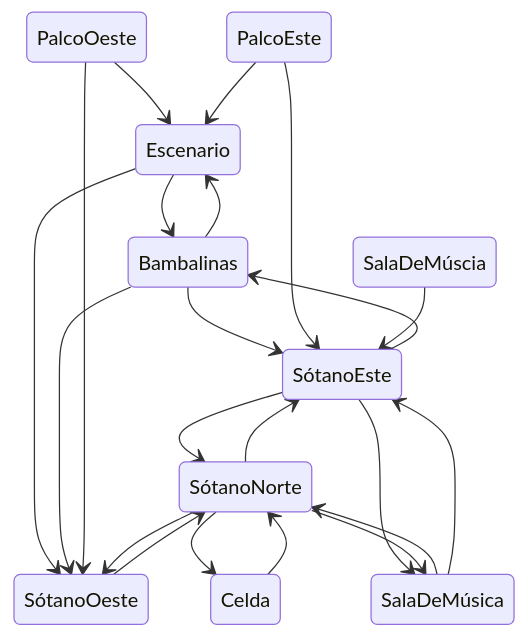
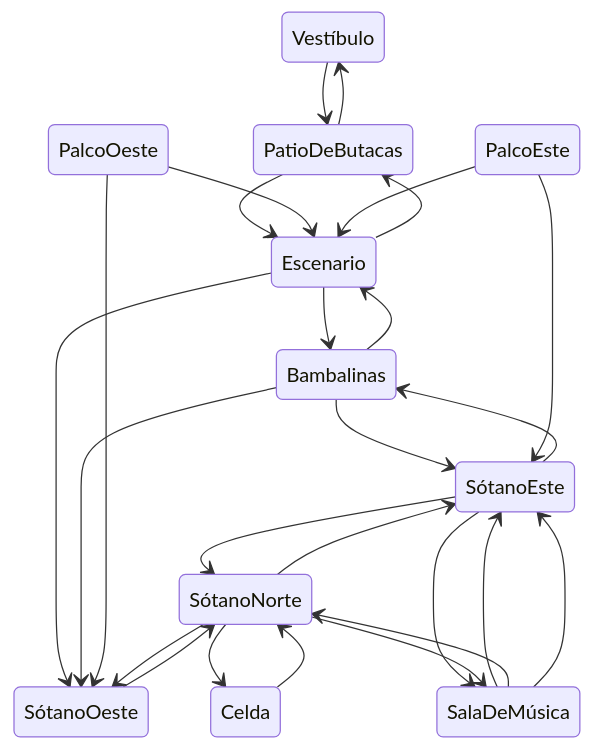
Before and after one commit to IAV23-G04/IAV23-G04-P3: the first of 4 diagrams in README.md, drawn with Mermaid.

Commit message:
Diagrama de salas 3

````diff
--- a/README.md
+++ b/README.md
@@ -56,24 +56,28 @@
 ```mermaid
 stateDiagram
+    Vestíbulo --> PatioDeButacas
+    PatioDeButacas --> Vestíbulo
+    PatioDeButacas --> Escenario
+    Escenario --> PatioDeButacas
     Escenario --> Bambalinas
     Bambalinas --> Escenario
     Escenario --> SótanoOeste
     Bambalinas --> SótanoEste
     SótanoEste --> Bambalinas
     Bambalinas --> SótanoOeste
     PalcoOeste --> Escenario
     PalcoOeste --> SótanoOeste
     PalcoEste --> Escenario
     PalcoEste --> SótanoEste
     SótanoOeste --> SótanoNorte
     SótanoNorte --> SótanoOeste
     SótanoEste --> SótanoNorte
     SótanoNorte --> SótanoEste
     SótanoEste --> SalaDeMúsica
-    SalaDeMúscia --> SótanoEste
+    SalaDeMúsica --> SótanoEste
     Celda --> SótanoNorte
     SótanoNorte --> Celda
     SótanoNorte --> SalaDeMúsica
     SalaDeMúsica --> SótanoNorte
     SalaDeMúsica --> SótanoEste    
 ```
````
